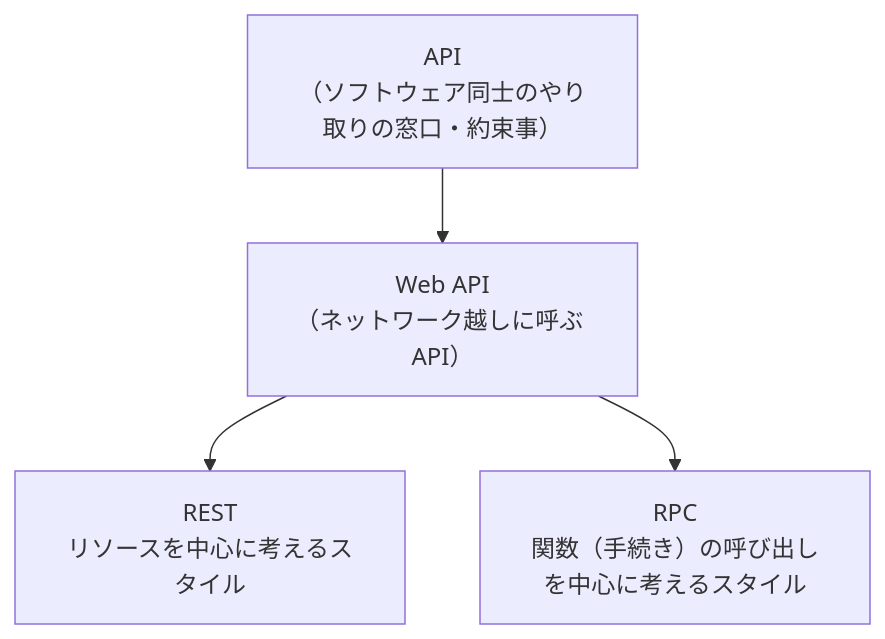
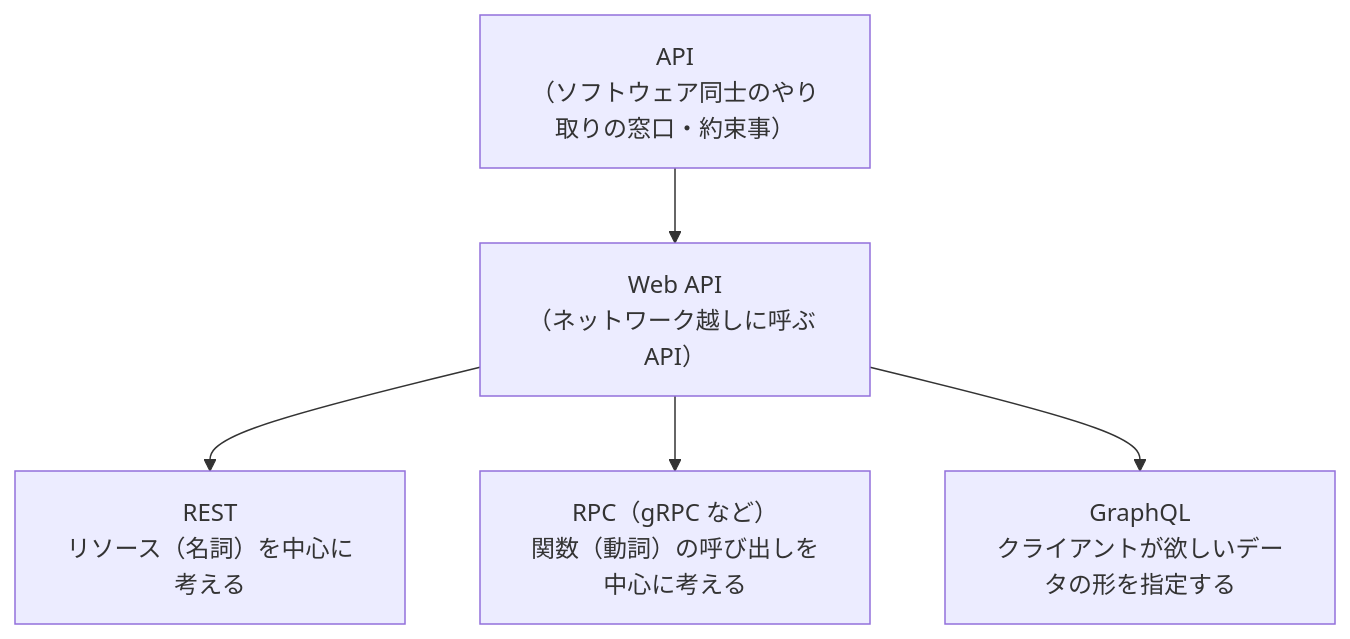
The diagram in qiita/articles/api-rpc-rest-learning.md (Pippychannnn/myBrog), drawn with Mermaid before and after one commit. The commit also changed other lines of this file and 1 other file, not shown here.

````diff
--- a/qiita/articles/api-rpc-rest-learning.md
+++ b/qiita/articles/api-rpc-rest-learning.md
@@ -37,7 +40,8 @@
 ```mermaid
 flowchart TB
     API["API<br/>（ソフトウェア同士のやり取りの窓口・約束事）"]
     API --> WEB["Web API<br/>（ネットワーク越しに呼ぶ API）"]
-    WEB --> REST["REST<br/>リソースを中心に考えるスタイル"]
-    WEB --> RPC["RPC<br/>関数（手続き）の呼び出しを中心に考えるスタイル"]
+    WEB --> REST["REST<br/>リソース（名詞）を中心に考える"]
+    WEB --> RPC["RPC（gRPC など）<br/>関数（動詞）の呼び出しを中心に考える"]
+    WEB --> GQL["GraphQL<br/>クライアントが欲しいデータの形を指定する"]
 ```
````
